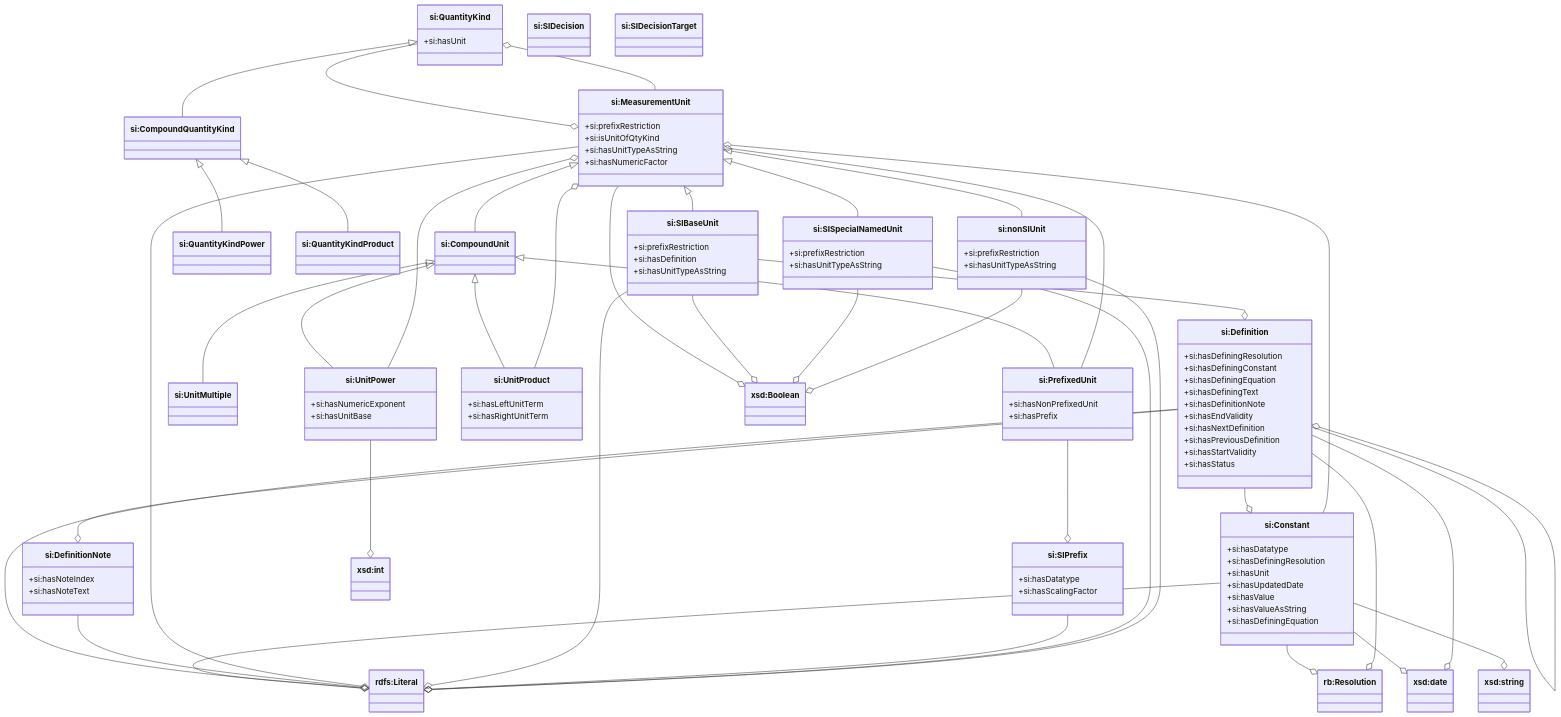
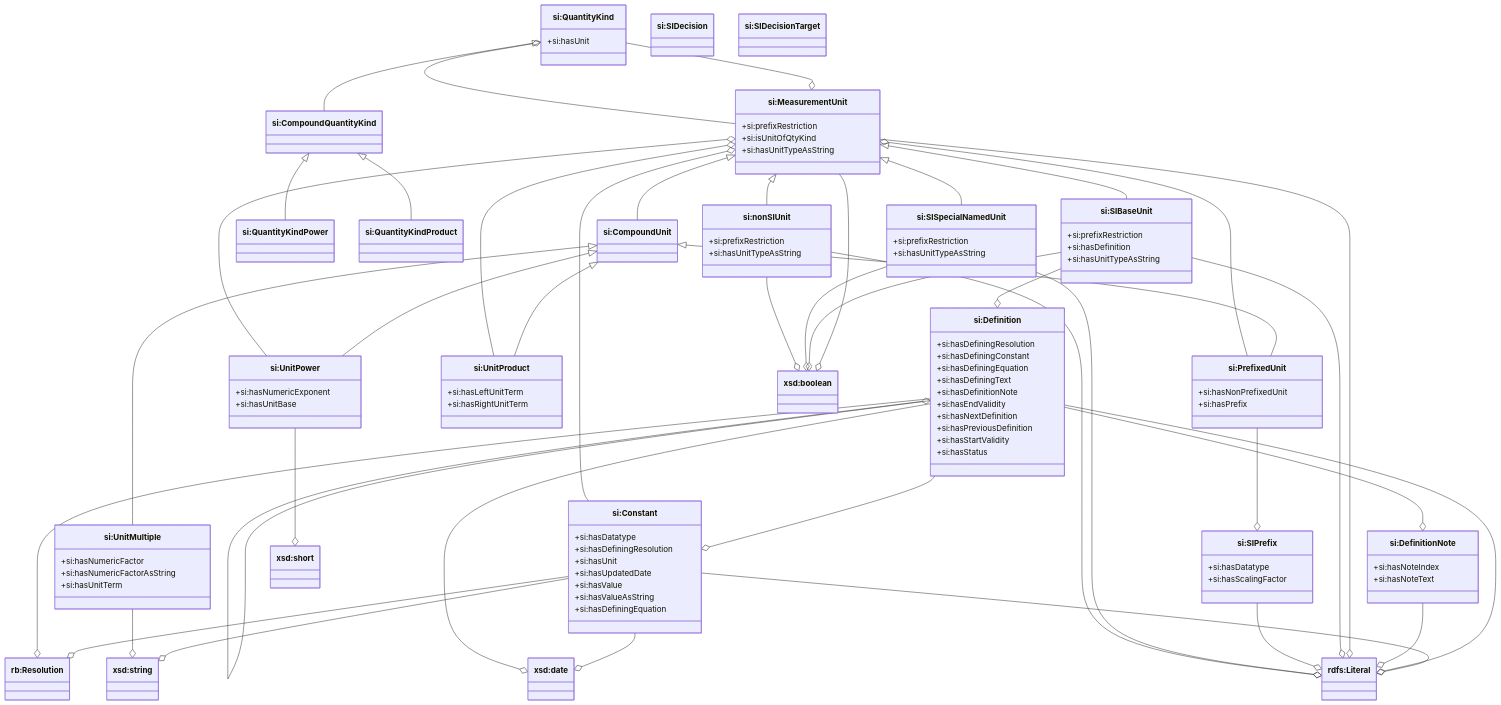
The diagram in docs/SI_Reference_Point.md (TheBIPM/SI-Reference-Point-generation-scripts), drawn with Mermaid before and after one commit. The commit also changed other lines of this file and 2 other files, not shown here.

Commit message:
Proposed domain updates
This also allows to complete the class diagram

````diff
--- a/docs/SI_Reference_Point.md
+++ b/docs/SI_Reference_Point.md
@@ -110,7 +110,6 @@
 		+si:prefixRestriction
 		+si:isUnitOfQtyKind
 		+si:hasUnitTypeAsString
-		+si:hasNumericFactor
 	}
 	class `si:PrefixedUnit`{
 		+si:hasNonPrefixedUnit
@@ -141,6 +140,9 @@
 		+si:hasUnitTypeAsString
 	}
 	class `si:UnitMultiple`{
+		+si:hasNumericFactor
+		+si:hasNumericFactorAsString
+		+si:hasUnitTerm
 	}
 	class `si:UnitPower`{
 		+si:hasNumericExponent
@@ -166,21 +168,22 @@
 	`si:Definition` --o `xsd:date`
 	`si:Definition` --o `si:Definition`
 	`si:DefinitionNote` --o `rdfs:Literal`
-	`si:MeasurementUnit` --o `xsd:Boolean`
+	`si:MeasurementUnit` --o `xsd:boolean`
 	`si:MeasurementUnit` --o `si:QuantityKind`
 	`si:MeasurementUnit` --o `rdfs:Literal`
 	`si:PrefixedUnit` --o `si:MeasurementUnit`
 	`si:PrefixedUnit` --o `si:SIPrefix`
 	`si:QuantityKind` --o `si:MeasurementUnit`
-	`si:SIBaseUnit` --o `xsd:Boolean`
+	`si:SIBaseUnit` --o `xsd:boolean`
 	`si:SIBaseUnit` --o `si:Definition`
 	`si:SIBaseUnit` --o `rdfs:Literal`
 	`si:SIPrefix` --o `rdfs:Literal`
-	`si:SISpecialNamedUnit` --o `xsd:Boolean`
+	`si:SISpecialNamedUnit` --o `xsd:boolean`
 	`si:SISpecialNamedUnit` --o `rdfs:Literal`
-	`si:UnitPower` --o `xsd:int`
+	`si:UnitMultiple` --o `xsd:string`
+	`si:UnitPower` --o `xsd:short`
 	`si:UnitPower` --o `si:MeasurementUnit`
 	`si:UnitProduct` --o `si:MeasurementUnit`
-	`si:nonSIUnit` --o `xsd:Boolean`
+	`si:nonSIUnit` --o `xsd:boolean`
 	`si:nonSIUnit` --o `rdfs:Literal`
 ```
````
